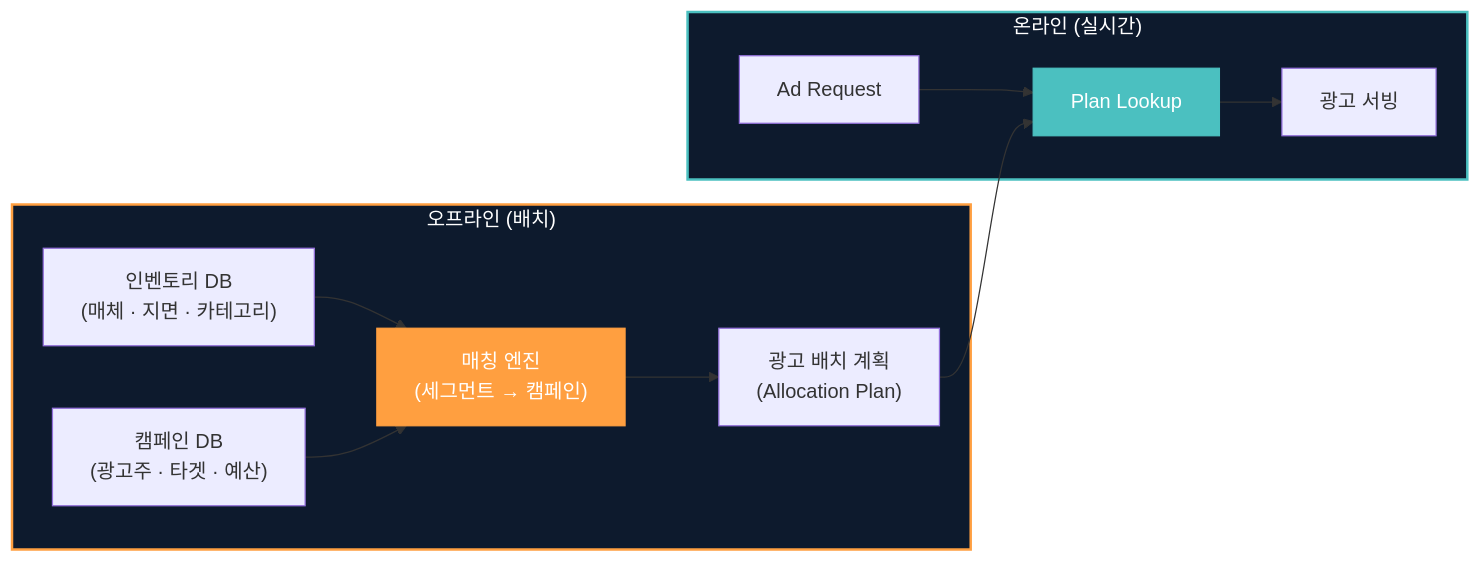
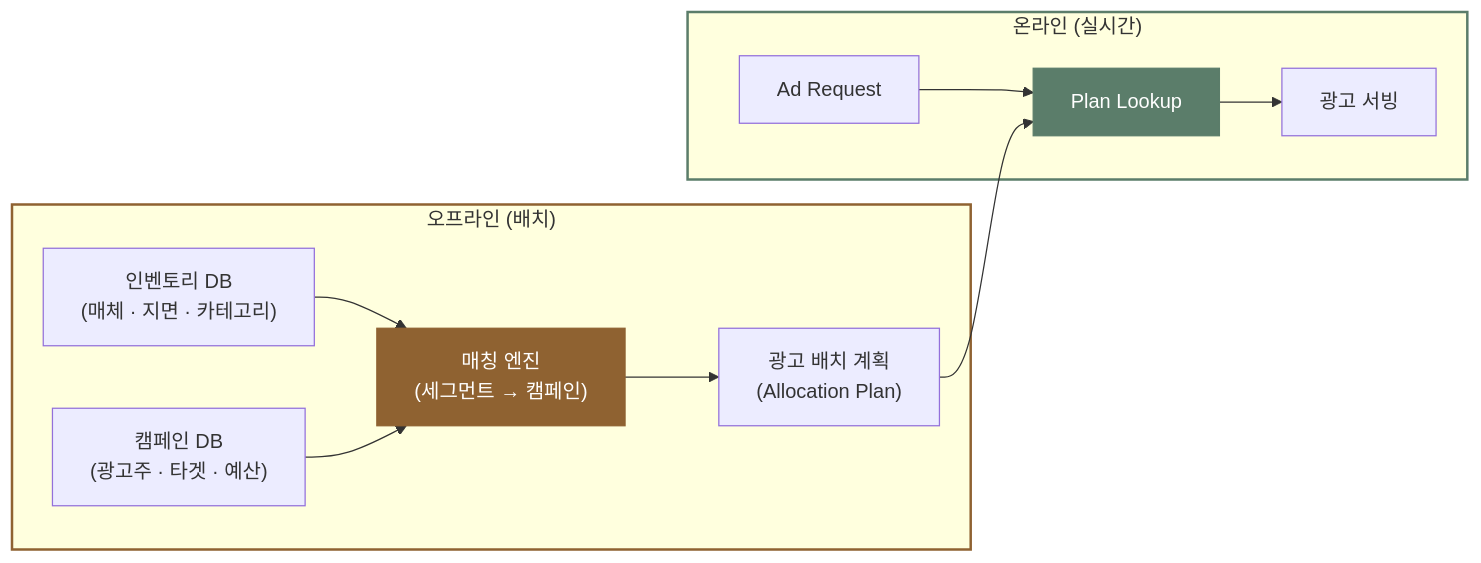
One commit to chkimsu/adtech-blog changed the fifth of 8 diagrams in posts/ad-network-vs-exchange.md. Above: the diagram before and after it, drawn with Mermaid. The commit also changed other lines of this file and 40 other files, not shown here.

````diff
--- a/posts/ad-network-vs-exchange.md
+++ b/posts/ad-network-vs-exchange.md
@@ -239,22 +239,22 @@
 ```mermaid
 graph LR
     subgraph Offline["오프라인 (배치)"]
         INV["인벤토리 DB<br/>(매체 · 지면 · 카테고리)"]
         CAMP["캠페인 DB<br/>(광고주 · 타겟 · 예산)"]
         MATCH["매칭 엔진<br/>(세그먼트 → 캠페인)"]
         INV --> MATCH
         CAMP --> MATCH
         MATCH --> PLAN["광고 배치 계획<br/>(Allocation Plan)"]
     end
 
     subgraph Online["온라인 (실시간)"]
         REQ["Ad Request"] --> LOOKUP["Plan Lookup"]
         PLAN --> LOOKUP
         LOOKUP --> SERVE["광고 서빙"]
     end
 
-    style Offline fill:#0d1a2d,stroke:#ff9f40,stroke-width:2px,color:#fff
-    style Online fill:#0d1a2d,stroke:#4bc0c0,stroke-width:2px,color:#fff
-    style MATCH fill:#ff9f40,stroke:#ff9f40,color:#fff
-    style LOOKUP fill:#4bc0c0,stroke:#4bc0c0,color:#fff
+    style Offline stroke:#8f6231,stroke-width:2px
+    style Online stroke:#5b7d6a,stroke-width:2px
+    style MATCH fill:#8f6231,stroke:#8f6231,color:#fff
+    style LOOKUP fill:#5b7d6a,stroke:#5b7d6a,color:#fff
 ```
````
